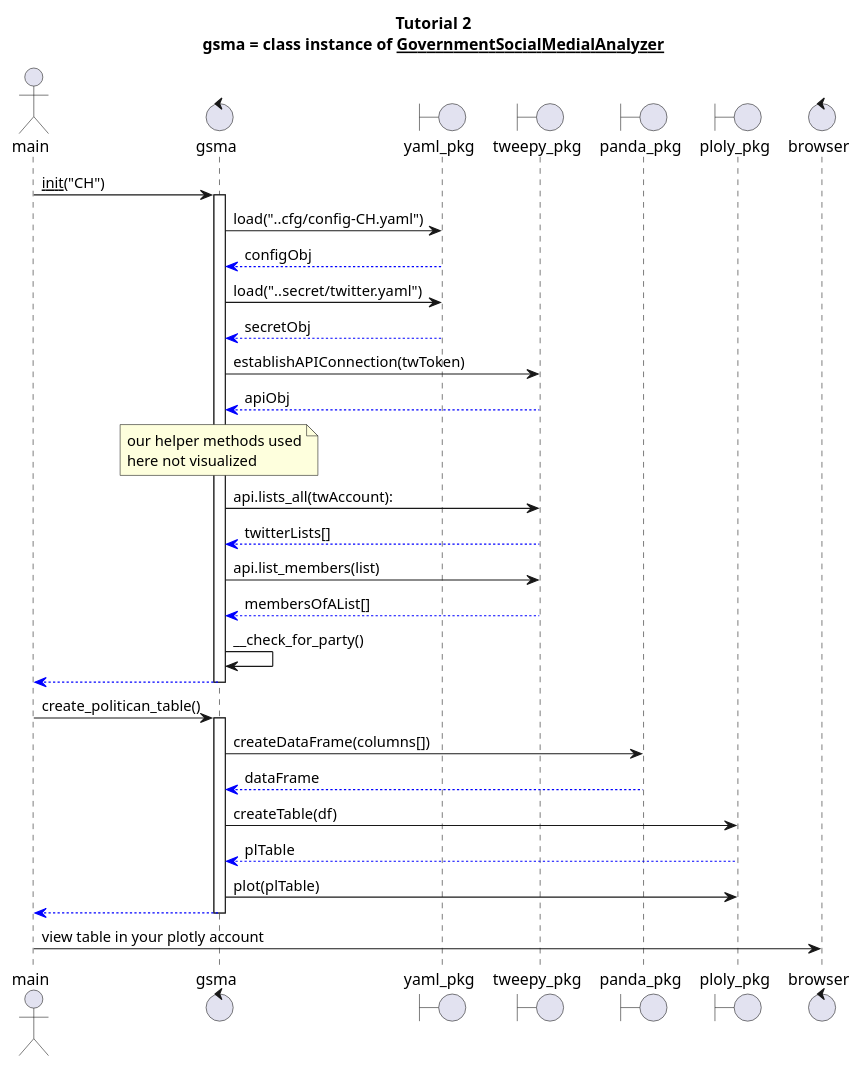
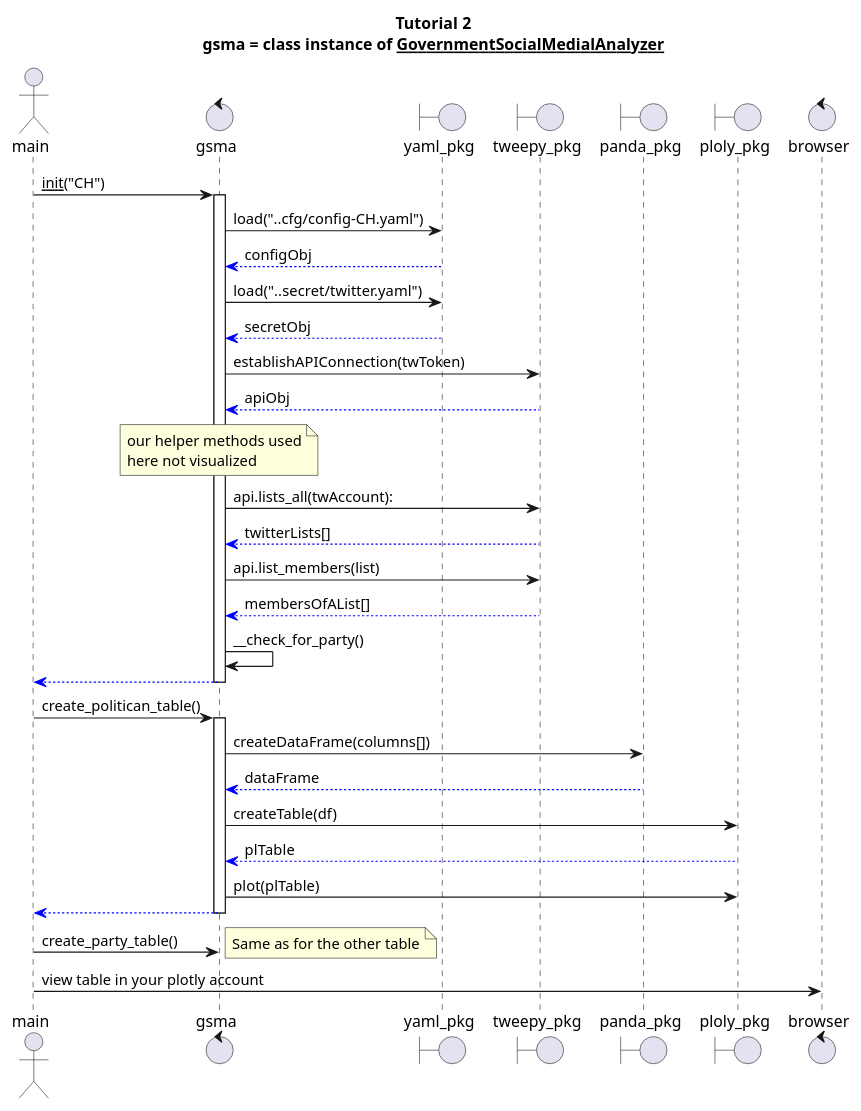
Before and after one commit to talfco/clb-sentiment: the diagram in model/lesson2-sequence.puml, drawn with PlantUML. The commit also changed 2 other files, not shown here.

```diff
--- a/model/lesson2-sequence.puml
+++ b/model/lesson2-sequence.puml
@@ -1,46 +1,51 @@
 @startuml
 title
   Tutorial 2
   gsma = class instance of __GovernmentSocialMedialAnalyzer__
 end title
 actor main
 control gsma
 boundary yaml_pkg as ya
 boundary tweepy_pkg as tw
 boundary panda_pkg as pa
 boundary ploly_pkg as pl
 control browser
 
 
 main -> gsma: __init__("CH")
     activate gsma
         gsma -> ya: load("..cfg/config-CH.yaml")
         ya --[#blue]> gsma: configObj
         gsma -> ya: load("..secret/twitter.yaml")
         ya --[#blue]> gsma: secretObj
         gsma -> tw: establishAPIConnection(twToken)
         tw --[#blue]> gsma: apiObj
         note over gsma
          our helper methods used
          here not visualized
         end note
         gsma -> tw: api.lists_all(twAccount):
         tw --[#blue]> gsma: twitterLists[]
         gsma -> tw: api.list_members(list)
         tw --[#blue]> gsma: membersOfAList[]
         gsma -> gsma: __check_for_party()
         gsma --[#blue]> main
     deactivate gsma
 main -> gsma: create_politican_table()
     activate gsma
         gsma -> pa: createDataFrame(columns[])
         pa --[#blue]> gsma: dataFrame
         gsma -> pl: createTable(df)
         pl --[#blue]> gsma: plTable
         gsma -> pl: plot(plTable)
         gsma --[#blue]> main
     deactivate gsma
+main -> gsma: create_party_table()
+note right
+  Same as for the other table
+end note
+
 main -> browser: view table in your plotly account
 
 
 @enduml
```
